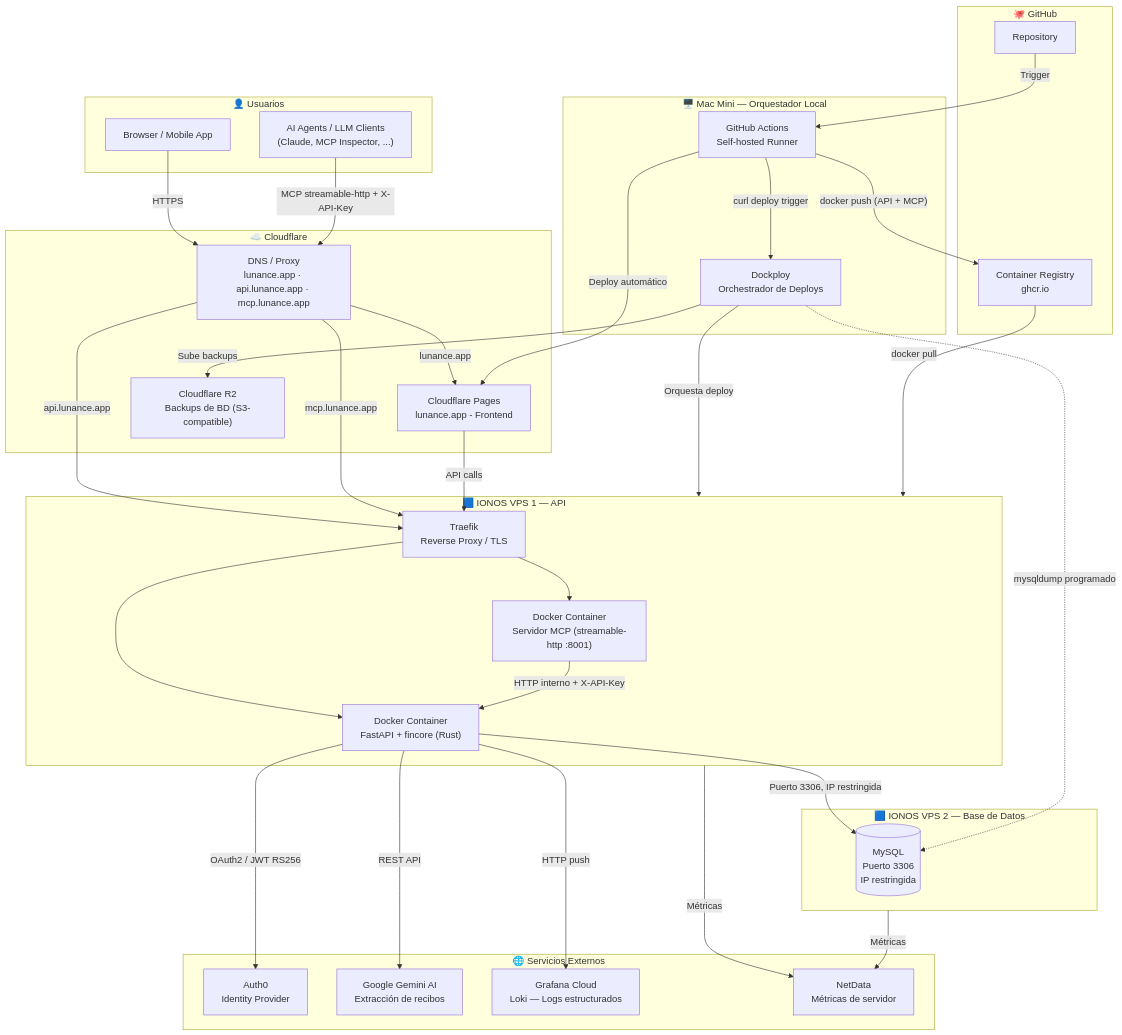
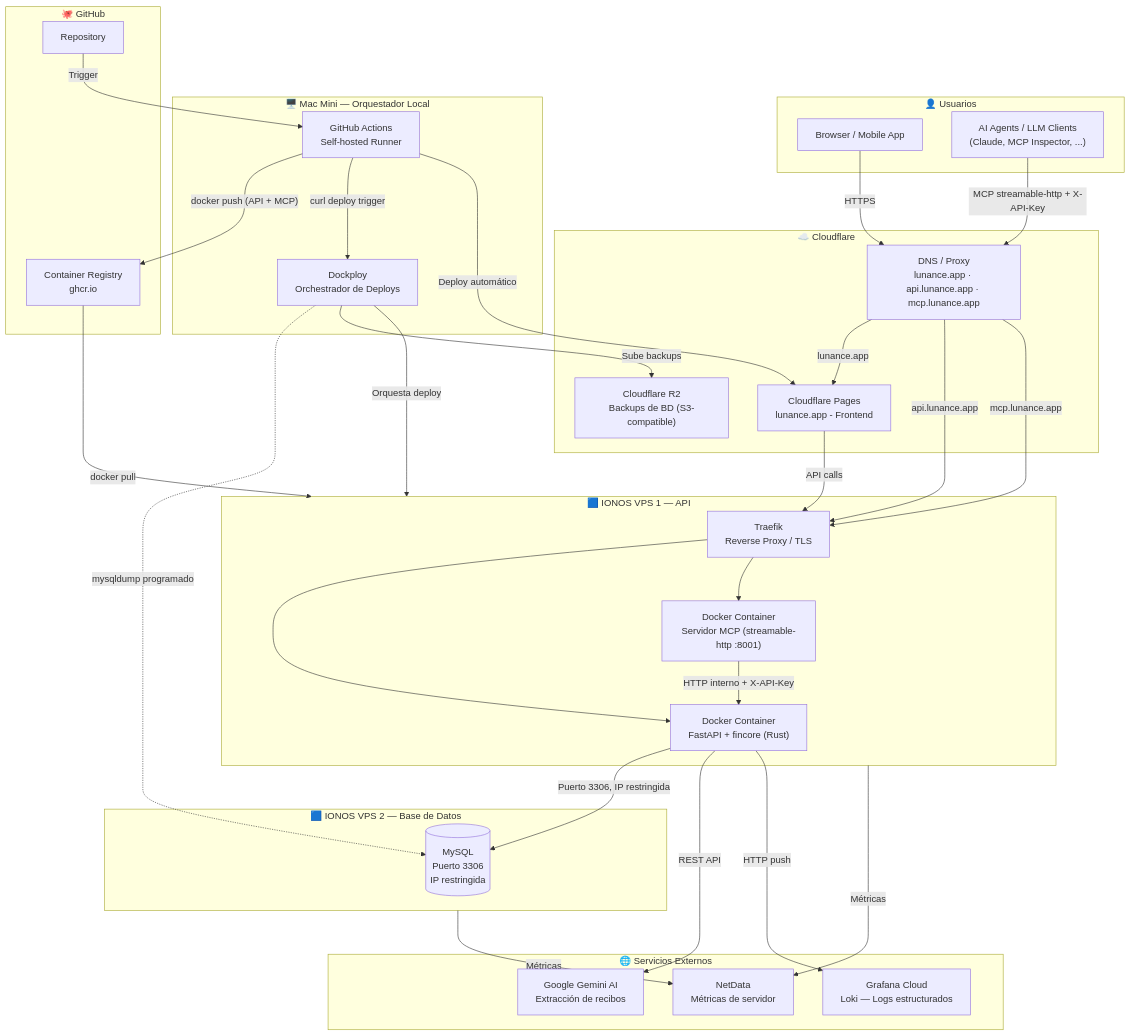
The second of 8 diagrams in docs/ARCHITECTURE.md (DiegoDG-01/LunanceIA), drawn with Mermaid before and after one commit. The commit also changed other lines of this file and 4 other files, not shown here.

First line of the commit message:
docs: document the in-house JWT auth that replaced Auth0

````diff
--- a/docs/ARCHITECTURE.md
+++ b/docs/ARCHITECTURE.md
@@ -59,75 +59,73 @@
 ```mermaid
 graph TD
     subgraph Users["👤 Usuarios"]
         Browser[Browser / Mobile App]
         Agent["AI Agents / LLM Clients\n(Claude, MCP Inspector, ...)"]
     end
 
     subgraph CF["☁️ Cloudflare"]
         CF_DNS["DNS / Proxy\nlunance.app · api.lunance.app · mcp.lunance.app"]
         CF_Pages[Cloudflare Pages\nlunance.app - Frontend]
         CF_R2["Cloudflare R2\nBackups de BD (S3-compatible)"]
     end
 
     subgraph MacMini["🖥️ Mac Mini — Orquestador Local"]
         GH_Runner[GitHub Actions\nSelf-hosted Runner]
         Dockploy_Local[Dockploy\nOrchestrador de Deploys]
     end
 
     subgraph GitHub["🐙 GitHub"]
         Repo[Repository]
         Registry[Container Registry\nghcr.io]
     end
 
     subgraph VPS1["🟦 IONOS VPS 1 — API"]
         Traefik[Traefik\nReverse Proxy / TLS]
         Docker_API["Docker Container\nFastAPI + fincore (Rust)"]
         Docker_MCP["Docker Container\nServidor MCP (streamable-http :8001)"]
     end
 
     subgraph VPS2["🟦 IONOS VPS 2 — Base de Datos"]
         MySQL[(MySQL\nPuerto 3306\nIP restringida)]
     end
 
     subgraph ExternalSvc["🌐 Servicios Externos"]
-        Auth0[Auth0\nIdentity Provider]
         Gemini[Google Gemini AI\nExtracción de recibos]
         GrafanaCloud["Grafana Cloud\nLoki — Logs estructurados"]
         NetData[NetData\nMétricas de servidor]
     end
 
     %% Flujo de usuario
     Browser -->|HTTPS| CF_DNS
     Agent -->|MCP streamable-http + X-API-Key| CF_DNS
     CF_DNS -->|lunance.app| CF_Pages
     CF_DNS -->|api.lunance.app| Traefik
     CF_DNS -->|mcp.lunance.app| Traefik
     CF_Pages -->|API calls| Traefik
     Traefik --> Docker_API
     Traefik --> Docker_MCP
 
     %% MCP -> API (proxy interno respetando los scopes de la API Key)
     Docker_MCP -->|HTTP interno + X-API-Key| Docker_API
 
     %% Comunicación interna
     Docker_API -->|Puerto 3306, IP restringida| MySQL
-    Docker_API -->|OAuth2 / JWT RS256| Auth0
     Docker_API -->|REST API| Gemini
     Docker_API -->|HTTP push| GrafanaCloud
 
     %% Métricas de infraestructura
     VPS1 -->|Métricas| NetData
     VPS2 -->|Métricas| NetData
 
     %% CI/CD
     Repo -->|Trigger| GH_Runner
     GH_Runner -->|"docker push (API + MCP)"| Registry
     GH_Runner -->|curl deploy trigger| Dockploy_Local
     Dockploy_Local -->|Orquesta deploy| VPS1
     Registry -->|docker pull| VPS1
     GH_Runner -->|Deploy automático| CF_Pages
 
     %% Backups de BD (Dockploy -> Cloudflare R2)
     Dockploy_Local -.->|mysqldump programado| MySQL
     Dockploy_Local -->|Sube backups| CF_R2
 ```
````
